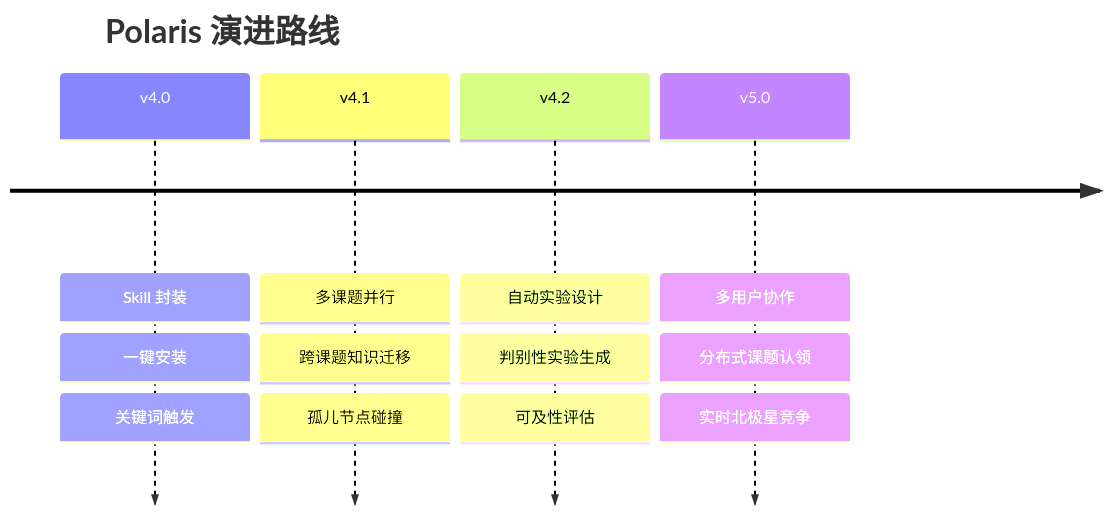
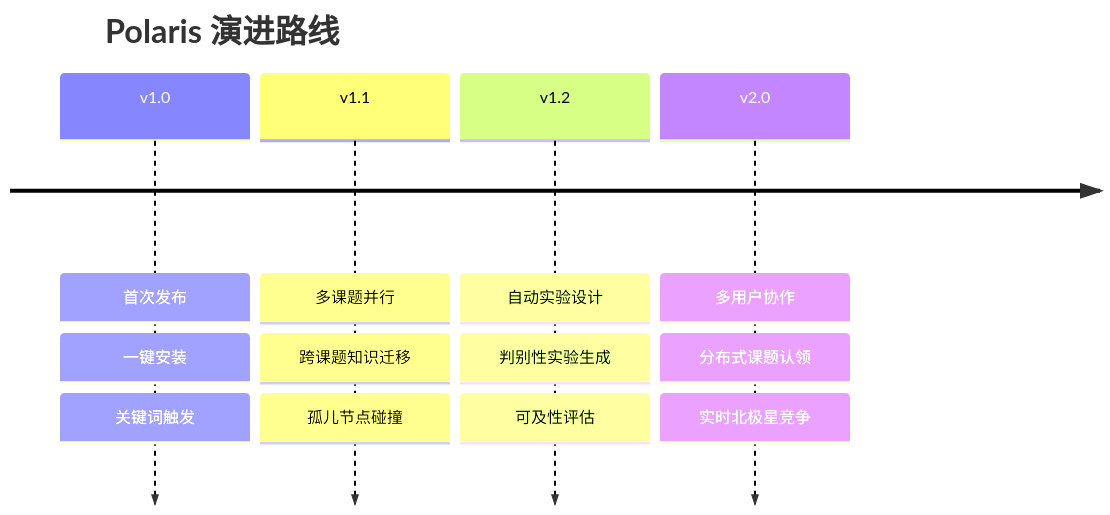
Before and after one commit to val1813/Polaris: the eighth of 8 diagrams in README.md, drawn with Mermaid. The commit also changed other lines of this file and 52 other files, not shown here.

````diff
--- a/README.md
+++ b/README.md
@@ -747,8 +801,8 @@
 ```mermaid
 timeline
     title Polaris 演进路线
-    v4.0 : Skill 封装 : 一键安装 : 关键词触发
-    v4.1 : 多课题并行 : 跨课题知识迁移 : 孤儿节点碰撞
-    v4.2 : 自动实验设计 : 判别性实验生成 : 可及性评估
-    v5.0 : 多用户协作 : 分布式课题认领 : 实时北极星竞争
+    v1.0 : 首次发布 : 一键安装 : 关键词触发
+    v1.1 : 多课题并行 : 跨课题知识迁移 : 孤儿节点碰撞
+    v1.2 : 自动实验设计 : 判别性实验生成 : 可及性评估
+    v2.0 : 多用户协作 : 分布式课题认领 : 实时北极星竞争
 ```
````
